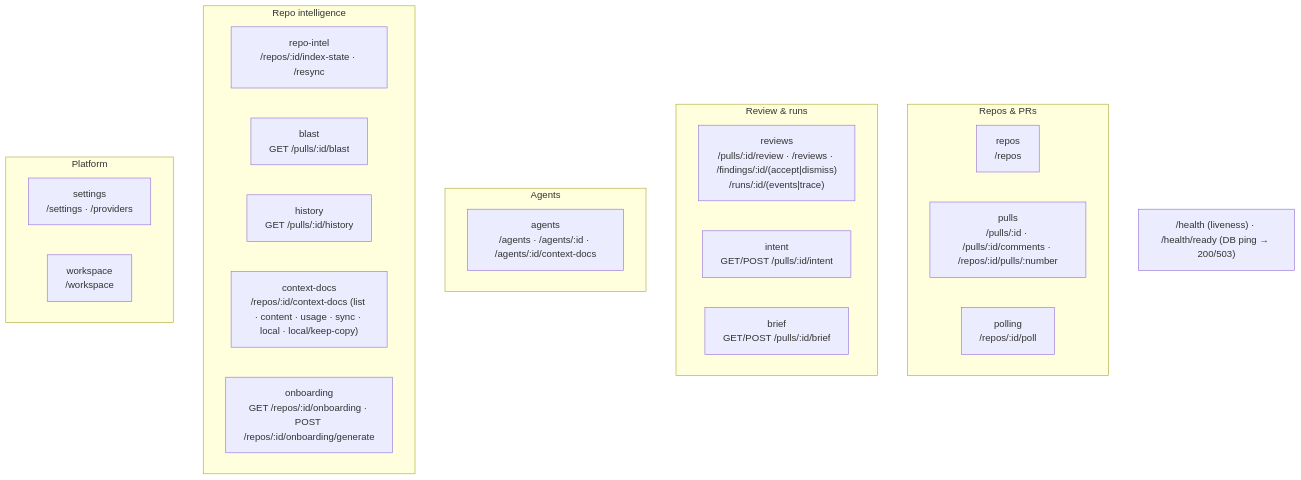
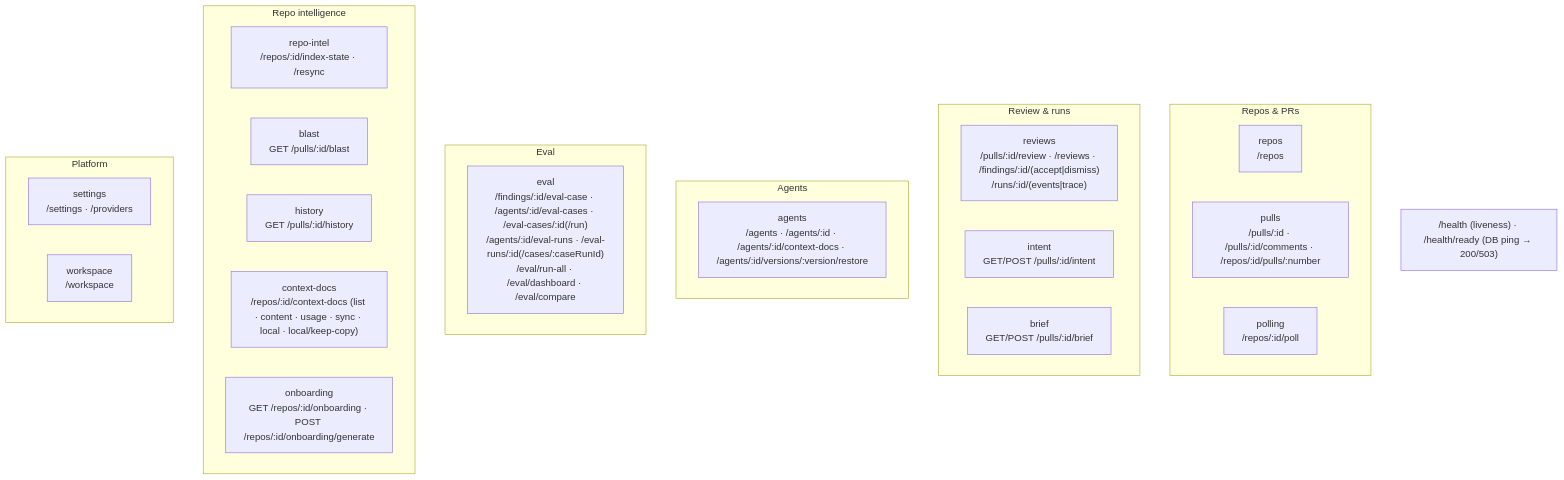
One commit to BalakaMd/dev-digest changed the second of 2 diagrams in server/README.md. Above: the diagram before and after it, drawn with Mermaid. The commit also changed 120 other files, not shown here.

First line of the commit message:
feat: add eval pipeline regression harness for review agents (SPEC-06)

````diff
--- a/server/README.md
+++ b/server/README.md
@@ -64,28 +64,31 @@
 ```mermaid
 flowchart TB
   subgraph Repos_PRs["Repos & PRs"]
     repos["repos<br/>/repos"]
     pulls["pulls<br/>/pulls/:id · /pulls/:id/comments · /repos/:id/pulls/:number"]
     polling["polling<br/>/repos/:id/poll"]
   end
   subgraph Review["Review & runs"]
     reviews["reviews<br/>/pulls/:id/review · /reviews · /findings/:id/(accept|dismiss)<br/>/runs/:id/(events|trace)"]
     intent["intent<br/>GET/POST /pulls/:id/intent"]
     brief["brief<br/>GET/POST /pulls/:id/brief"]
   end
   subgraph Agents["Agents"]
-    agents["agents<br/>/agents · /agents/:id · /agents/:id/context-docs"]
+    agents["agents<br/>/agents · /agents/:id · /agents/:id/context-docs · /agents/:id/versions/:version/restore"]
+  end
+  subgraph Eval["Eval"]
+    evalMod["eval<br/>/findings/:id/eval-case · /agents/:id/eval-cases · /eval-cases/:id(/run)<br/>/agents/:id/eval-runs · /eval-runs/:id(/cases/:caseRunId)<br/>/eval/run-all · /eval/dashboard · /eval/compare"]
   end
   subgraph Intel["Repo intelligence"]
     repoIntel["repo-intel<br/>/repos/:id/index-state · /resync"]
     blast["blast<br/>GET /pulls/:id/blast"]
     history["history<br/>GET /pulls/:id/history"]
     contextDocs["context-docs<br/>/repos/:id/context-docs (list · content · usage · sync · local · local/keep-copy)"]
     onboarding["onboarding<br/>GET /repos/:id/onboarding · POST /repos/:id/onboarding/generate"]
   end
   subgraph Platform["Platform"]
     settings["settings<br/>/settings · /providers"]
     workspace["workspace<br/>/workspace"]
   end
   HEALTH["/health (liveness) · /health/ready (DB ping → 200/503)"]
 ```
````
